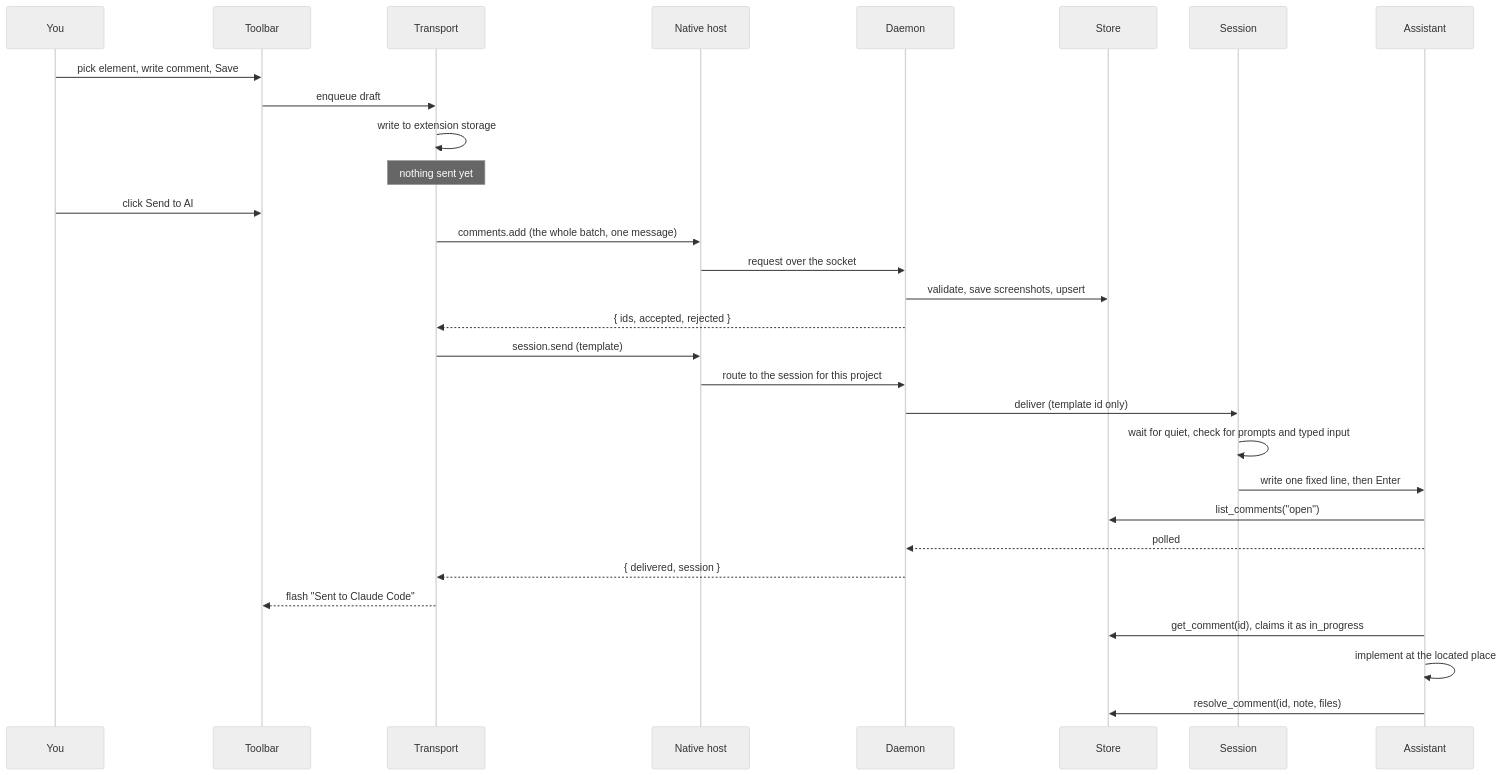
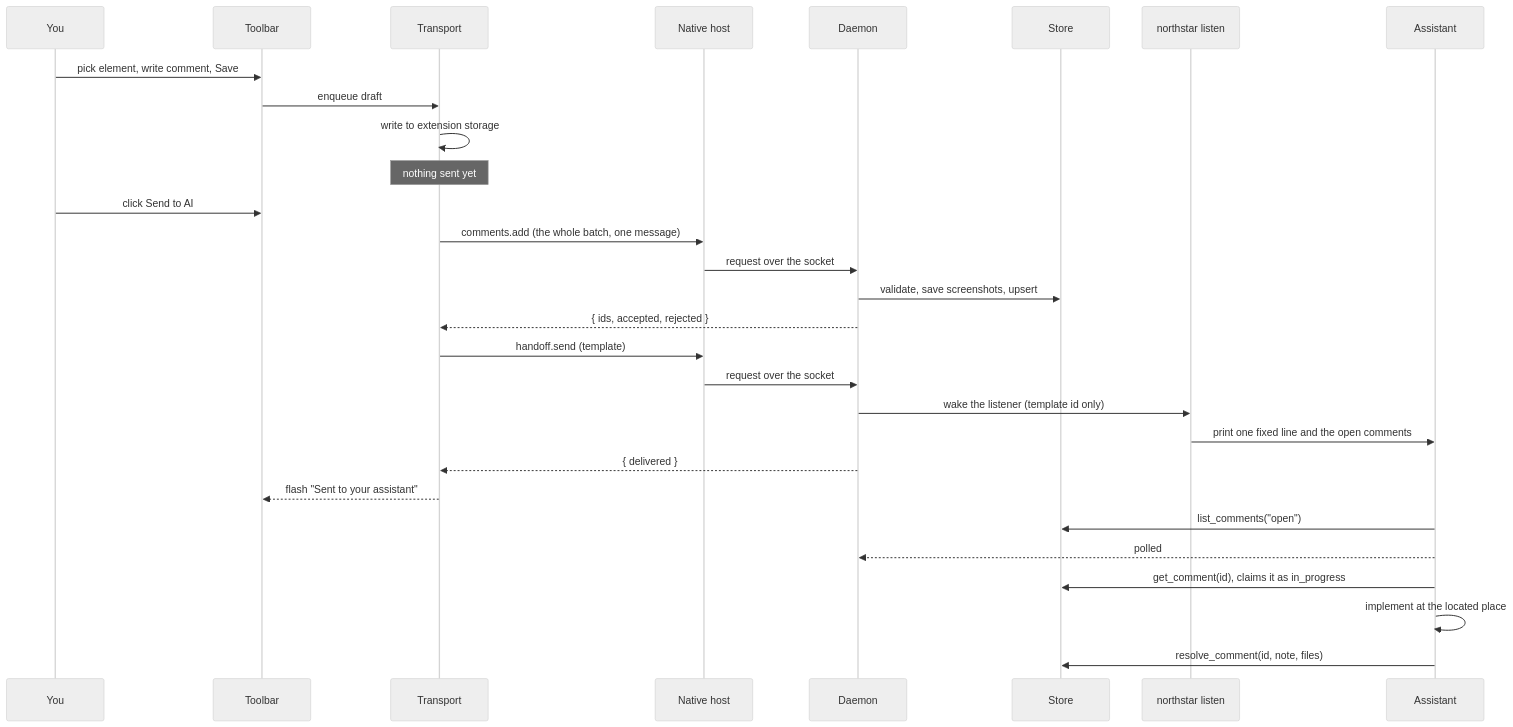
One commit to pallandir/northstar changed the first of 4 diagrams in docs/flows.md. Above: the diagram before and after it, drawn with Mermaid (neutral theme). The commit also changed other lines of this file and 31 other files, not shown here.

Commit message:
docs: describe the listen handoff, update the changelog and bump to 2.7.0

````diff
--- a/docs/flows.md
+++ b/docs/flows.md
@@ -13,33 +13,32 @@
 ```mermaid
 sequenceDiagram
     participant U as You
     participant T as Toolbar
     participant X as Transport
     participant H as Native host
     participant D as Daemon
     participant S as Store
-    participant W as Session
+    participant W as northstar listen
     participant A as Assistant
 
     U->>T: pick element, write comment, Save
     T->>X: enqueue draft
     X->>X: write to extension storage
     Note over X: nothing sent yet
     U->>T: click Send to AI
     X->>H: comments.add (the whole batch, one message)
     H->>D: request over the socket
     D->>S: validate, save screenshots, upsert
     D-->>X: { ids, accepted, rejected }
-    X->>H: session.send (template)
-    H->>D: route to the session for this project
-    D->>W: deliver (template id only)
-    W->>W: wait for quiet, check for prompts and typed input
-    W->>A: write one fixed line, then Enter
+    X->>H: handoff.send (template)
+    H->>D: request over the socket
+    D->>W: wake the listener (template id only)
+    W->>A: print one fixed line and the open comments
+    D-->>X: { delivered }
+    X-->>T: flash "Sent to your assistant"
     A->>S: list_comments("open")
     A-->>D: polled
-    D-->>X: { delivered, session }
-    X-->>T: flash "Sent to Claude Code"
     A->>S: get_comment(id), claims it as in_progress
     A->>A: implement at the located place
     A->>S: resolve_comment(id, note, files)
 ```
````
